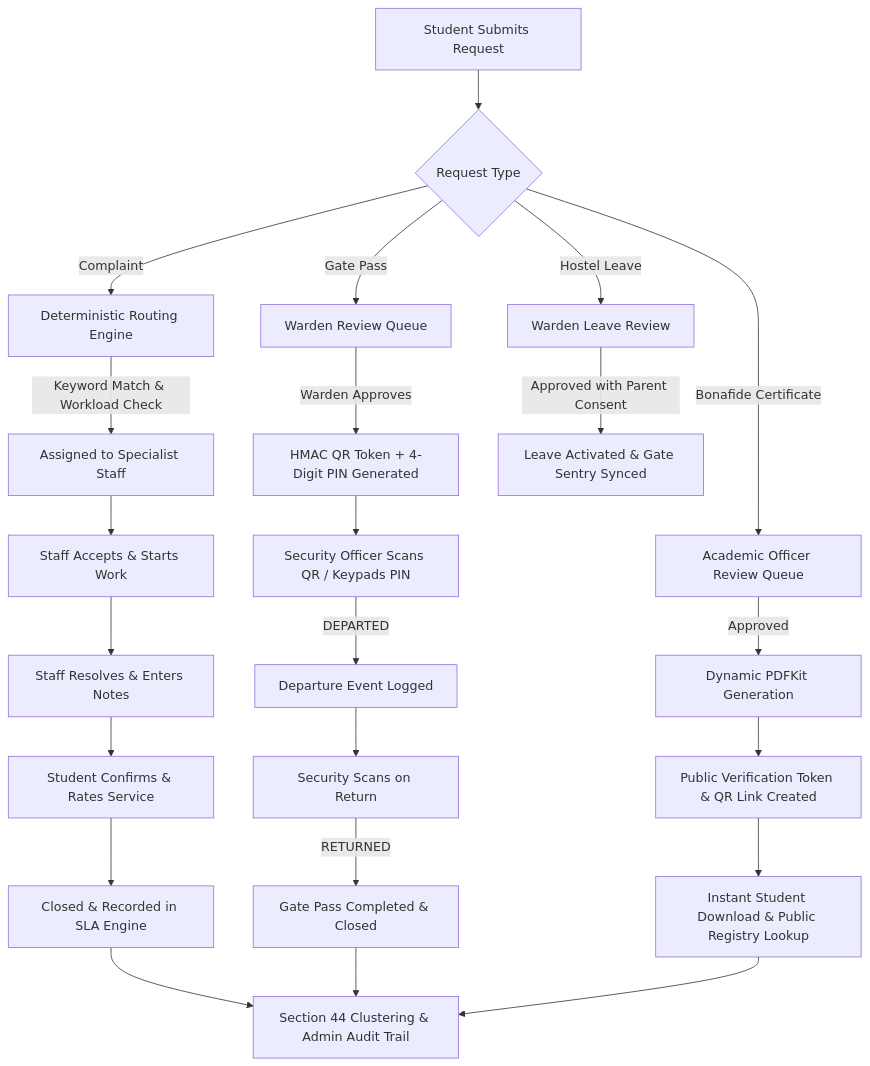
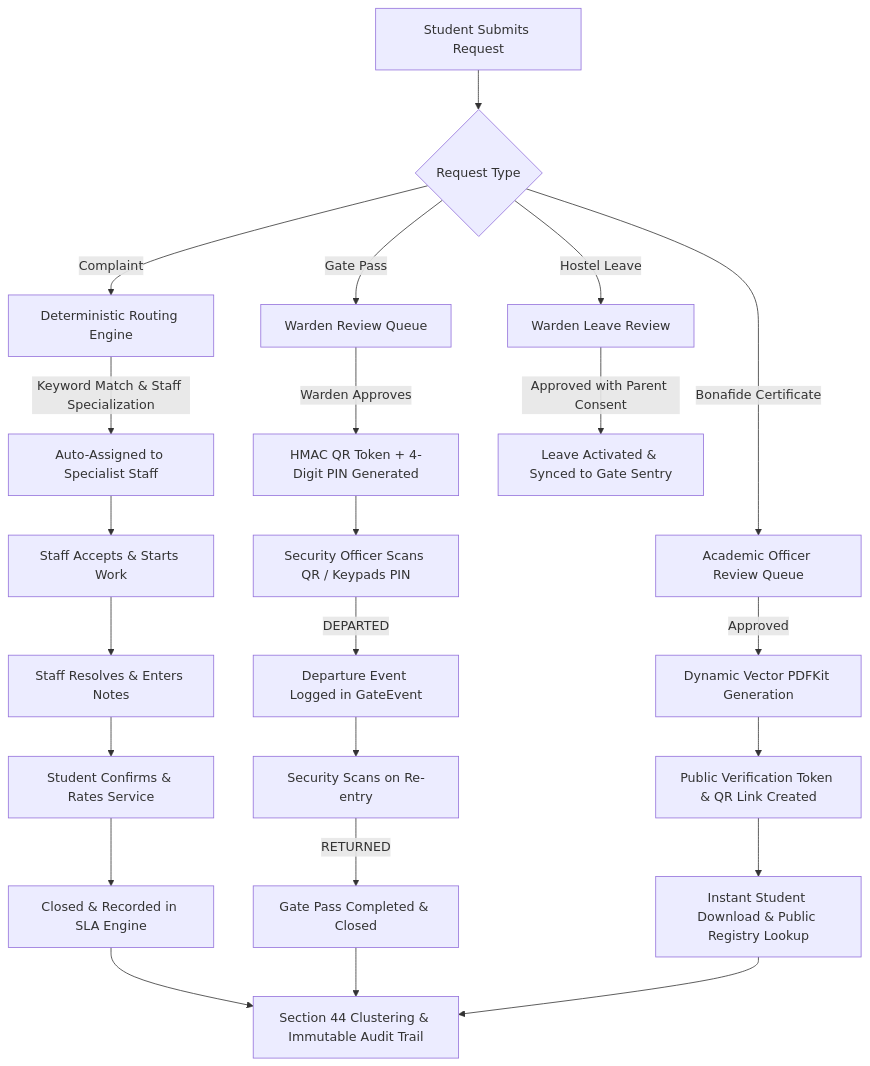
Before and after one commit to munazirhussan910-cpu/nexora-campus: the first of 3 diagrams in README.md, drawn with Mermaid. The commit also changed other lines of this file and 44 other files, not shown here.

````diff
--- a/README.md
+++ b/README.md
@@ -115,30 +98,30 @@
 ```mermaid
 flowchart TD
     A[Student Submits Request] --> B{Request Type}
     
     B -->|Complaint| C[Deterministic Routing Engine]
-    C -->|Keyword Match & Workload Check| D[Assigned to Specialist Staff]
+    C -->|Keyword Match & Staff Specialization| D[Auto-Assigned to Specialist Staff]
     D --> E[Staff Accepts & Starts Work]
     E --> F[Staff Resolves & Enters Notes]
     F --> G[Student Confirms & Rates Service]
     G --> H[Closed & Recorded in SLA Engine]
 
     B -->|Gate Pass| I[Warden Review Queue]
     I -->|Warden Approves| J[HMAC QR Token + 4-Digit PIN Generated]
     J --> K[Security Officer Scans QR / Keypads PIN]
-    K -->|DEPARTED| L[Departure Event Logged]
-    L --> M[Security Scans on Return]
+    K -->|DEPARTED| L[Departure Event Logged in GateEvent]
+    L --> M[Security Scans on Re-entry]
     M -->|RETURNED| N[Gate Pass Completed & Closed]
 
     B -->|Hostel Leave| O[Warden Leave Review]
-    O -->|Approved with Parent Consent| P[Leave Activated & Gate Sentry Synced]
+    O -->|Approved with Parent Consent| P[Leave Activated & Synced to Gate Sentry]
 
     B -->|Bonafide Certificate| Q[Academic Officer Review Queue]
-    Q -->|Approved| R[Dynamic PDFKit Generation]
+    Q -->|Approved| R[Dynamic Vector PDFKit Generation]
     R --> S[Public Verification Token & QR Link Created]
     S --> T[Instant Student Download & Public Registry Lookup]
 
-    H --> U[Section 44 Clustering & Admin Audit Trail]
+    H --> U[Section 44 Clustering & Immutable Audit Trail]
     N --> U
     T --> U
 ```
````
